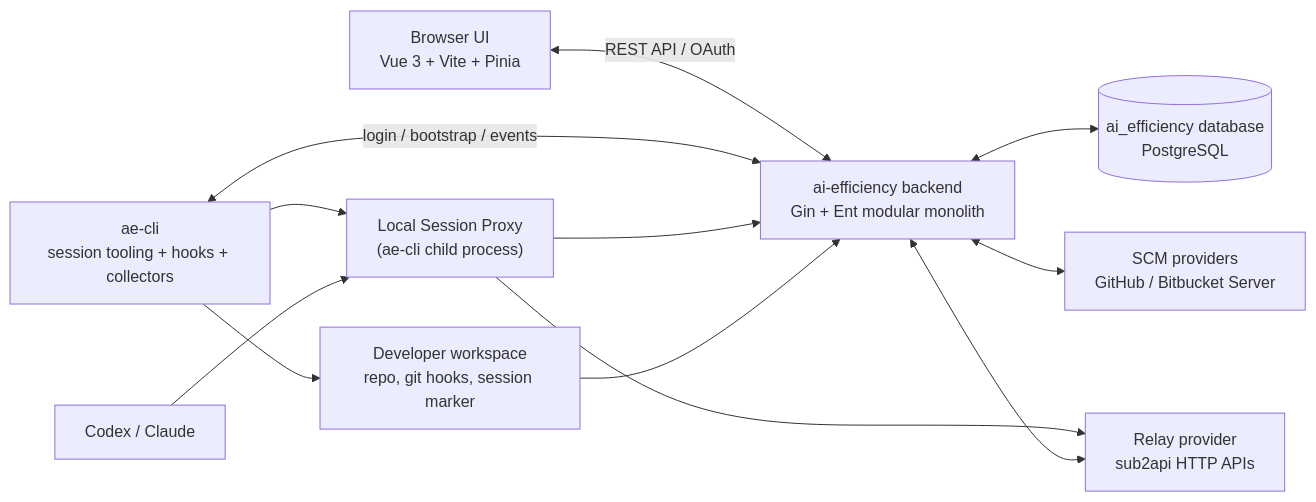
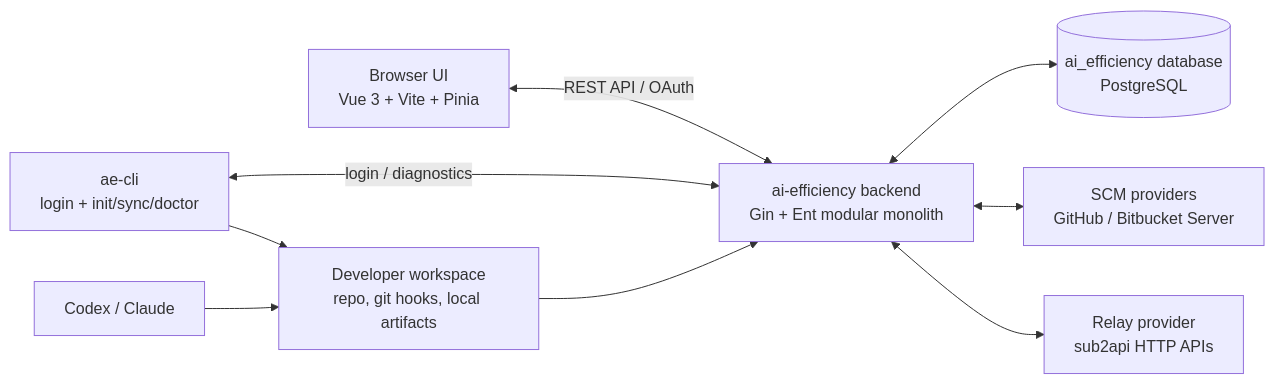
The first of 4 diagrams in docs/architecture.md (LichKing-2234/ai-efficiency), drawn with Mermaid before and after one commit. The commit also changed other lines of this file and 24 other files, not shown here.

````diff
--- a/docs/architecture.md
+++ b/docs/architecture.md
@@ -26,24 +28,20 @@
 ```mermaid
 flowchart LR
     Browser["Browser UI<br/>Vue 3 + Vite + Pinia"]
-    CLI["ae-cli<br/>session tooling + hooks + collectors"]
-    Proxy["Local Session Proxy<br/>(ae-cli child process)"]
+    CLI["ae-cli<br/>login + init/sync/doctor"]
     Tool["Codex / Claude"]
     Backend["ai-efficiency backend<br/>Gin + Ent modular monolith"]
     DB[("ai_efficiency database<br/>PostgreSQL")]
     SCM["SCM providers<br/>GitHub / Bitbucket Server"]
     Relay["Relay provider<br/>sub2api HTTP APIs"]
-    Workspace["Developer workspace<br/>repo, git hooks, session marker"]
+    Workspace["Developer workspace<br/>repo, git hooks, local artifacts"]
 
     Browser <-->|REST API / OAuth| Backend
-    CLI <-->|login / bootstrap / events| Backend
-    CLI --> Proxy
-    Tool --> Proxy
-    Proxy --> Relay
-    Proxy --> Backend
+    CLI <-->|login / diagnostics| Backend
+    CLI --> Workspace
+    Tool --> Workspace
+    Workspace --> Backend
     Backend <--> DB
     Backend <--> SCM
     Backend <--> Relay
-    CLI --> Workspace
-    Workspace --> Backend
 ```
````
